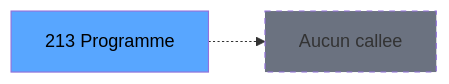
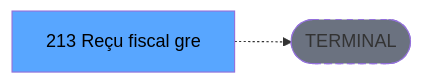
The third of 3 diagrams in .openspec/specs/ADH-IDE-213.md (thonyAGP/lecteur-magic), drawn with Mermaid before and after one commit. The commit also changed other lines of this file and 701 other files, not shown here.

````diff
--- a/.openspec/specs/ADH-IDE-213.md
+++ b/.openspec/specs/ADH-IDE-213.md
@@ -138,8 +140,8 @@
 ```mermaid
 graph LR
-    T[213 Programme]
-    NONE[Aucun callee]
-    T -.-> NONE
+    T[213 Reçu fiscal gre]
+    TERM([TERMINAL])
+    T -.-> TERM
+    style TERM fill:#6b7280,stroke-dasharray: 5 5
     style T fill:#58a6ff,color:#000
-    style NONE fill:#6b7280,stroke-dasharray: 5 5
 ```
````
